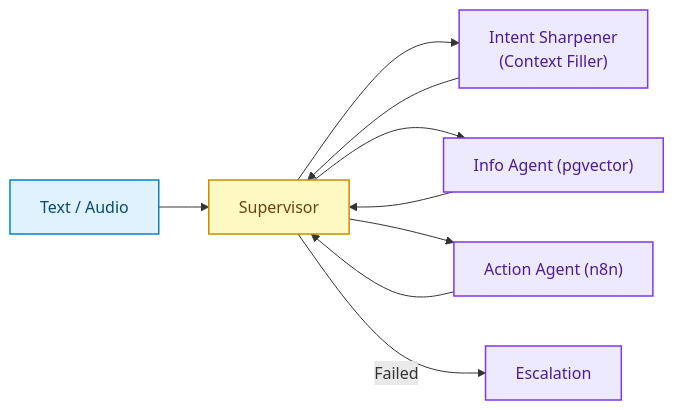
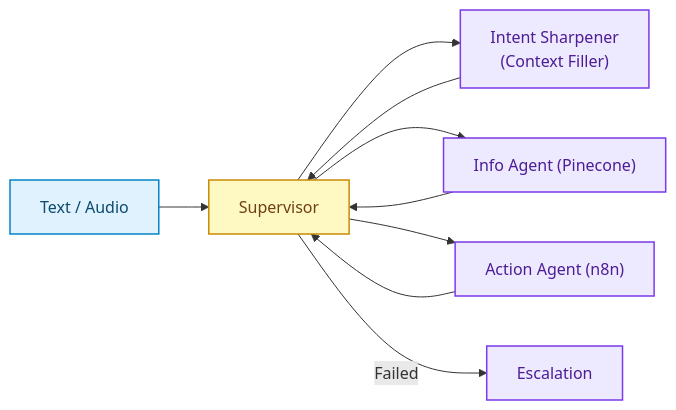
The diagram in README.md (KadirGokdeniz/ActionFlow), drawn with Mermaid before and after one commit. The commit also changed other lines of this file, not shown here.

Commit message:
Update README with Pinecone and PostgreSQL changes

````diff
--- a/README.md
+++ b/README.md
@@ -78,27 +79,27 @@
 ```mermaid
 flowchart LR
     INPUT["Text / Audio"] --> SUP["Supervisor"]
 
     SUP --> SHARP["Intent Sharpener<br/>(Context Filler)"]
     SHARP --> SUP
 
-    SUP --> INFO["Info Agent (pgvector)"]
+    SUP --> INFO["Info Agent (Pinecone)"]
     INFO --> SUP
 
     SUP --> ACT["Action Agent (n8n)"]
     ACT --> SUP
 
     SUP -->| Failed| ESC["Escalation"]
 
     classDef input fill:#e0f2fe,stroke:#0284c7,stroke-width:1.5px,color:#0c4a6e
     classDef routing fill:#fef9c3,stroke:#ca8a04,stroke-width:1.5px,color:#713f12
     classDef agent fill:#ede9fe,stroke:#7c3aed,stroke-width:1.5px,color:#4c1d95
     classDef tool fill:#cffafe,stroke:#0891b2,stroke-width:1.5px,color:#155e75
     classDef output fill:#dcfce7,stroke:#16a34a,stroke-width:1.5px,color:#14532d
 
     class INPUT input
     class SUP routing
     class SHARP,INFO,ACT,ESC agent
     class DB,MCP,HUM tool
     class OUT1,OUT2,OUT3 output
 ```
````
